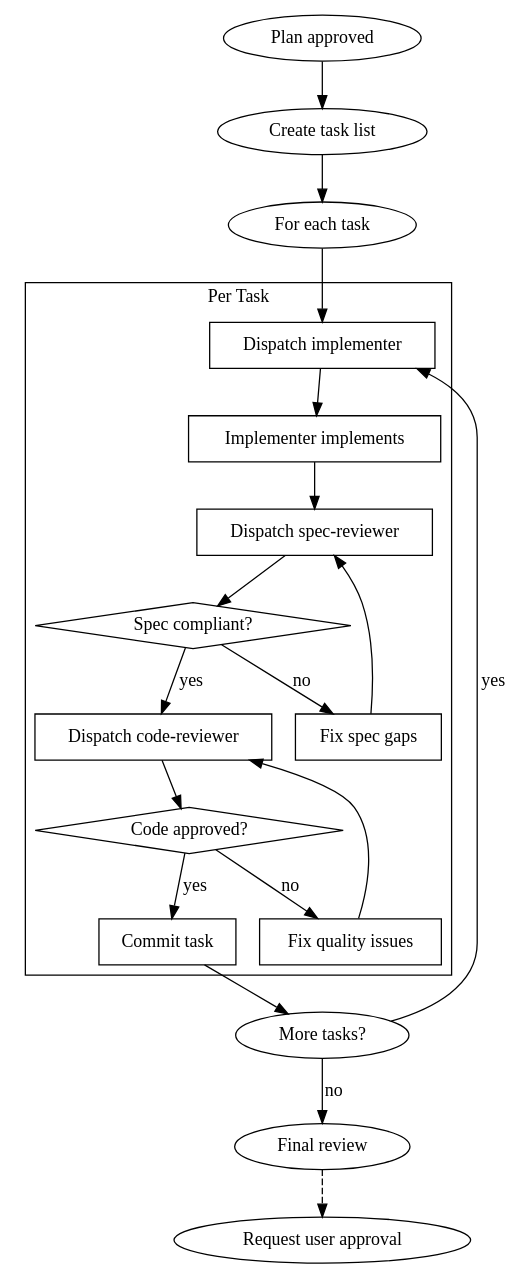
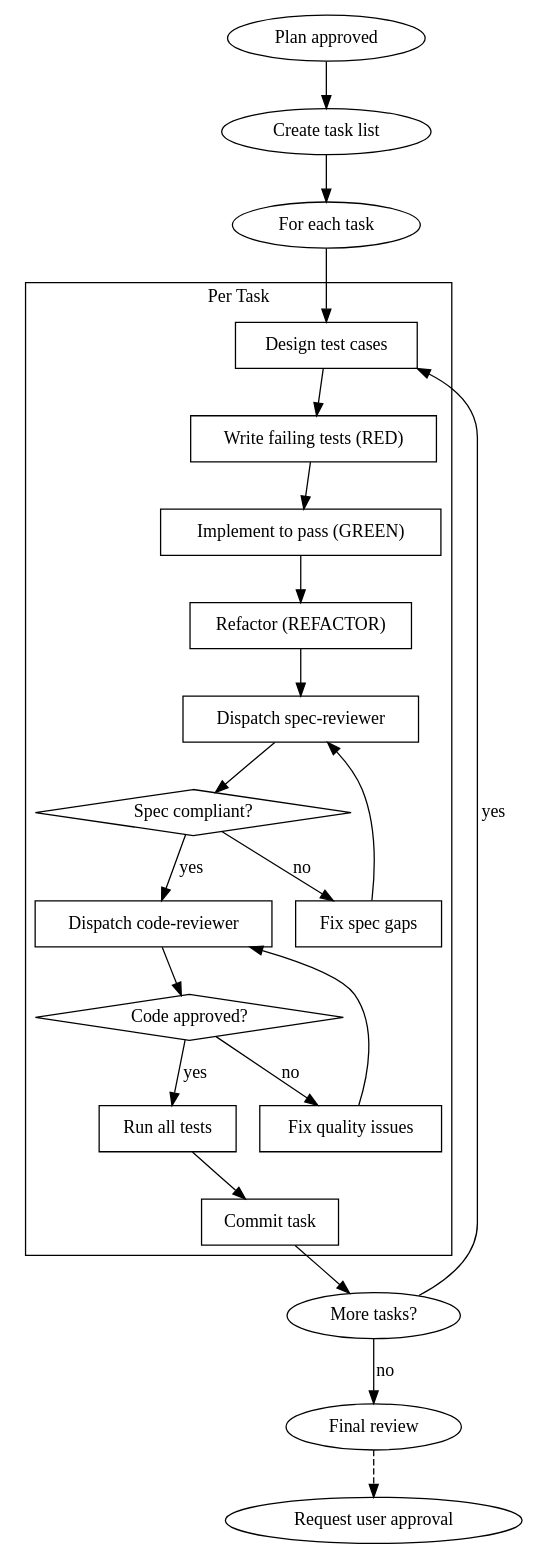
One commit to tasai-lab/fractal-dev-workflow changed the diagram in skills/implementation/SKILL.md. Above: the diagram before and after it, drawn with Graphviz. The commit also changed other lines of this file and 2 other files, not shown here.

````diff
--- a/skills/implementation/SKILL.md
+++ b/skills/implementation/SKILL.md
@@ -22,35 +23,41 @@
 ```dot
 digraph implementation {
     "Plan approved" -> "Create task list";
     "Create task list" -> "For each task";
 
     subgraph cluster_per_task {
         label="Per Task";
-        "Dispatch implementer" [shape=box];
-        "Implementer implements" [shape=box];
+        "Design test cases" [shape=box];
+        "Write failing tests (RED)" [shape=box];
+        "Implement to pass (GREEN)" [shape=box];
+        "Refactor (REFACTOR)" [shape=box];
         "Dispatch spec-reviewer" [shape=box];
         "Spec compliant?" [shape=diamond];
         "Fix spec gaps" [shape=box];
         "Dispatch code-reviewer" [shape=box];
         "Code approved?" [shape=diamond];
         "Fix quality issues" [shape=box];
+        "Run all tests" [shape=box];
         "Commit task" [shape=box];
     }
 
-    "For each task" -> "Dispatch implementer";
-    "Dispatch implementer" -> "Implementer implements";
-    "Implementer implements" -> "Dispatch spec-reviewer";
+    "For each task" -> "Design test cases";
+    "Design test cases" -> "Write failing tests (RED)";
+    "Write failing tests (RED)" -> "Implement to pass (GREEN)";
+    "Implement to pass (GREEN)" -> "Refactor (REFACTOR)";
+    "Refactor (REFACTOR)" -> "Dispatch spec-reviewer";
     "Dispatch spec-reviewer" -> "Spec compliant?";
     "Spec compliant?" -> "Fix spec gaps" [label="no"];
     "Fix spec gaps" -> "Dispatch spec-reviewer";
     "Spec compliant?" -> "Dispatch code-reviewer" [label="yes"];
     "Dispatch code-reviewer" -> "Code approved?";
     "Code approved?" -> "Fix quality issues" [label="no"];
     "Fix quality issues" -> "Dispatch code-reviewer";
-    "Code approved?" -> "Commit task" [label="yes"];
+    "Code approved?" -> "Run all tests" [label="yes"];
+    "Run all tests" -> "Commit task";
     "Commit task" -> "More tasks?" [shape=diamond];
-    "More tasks?" -> "Dispatch implementer" [label="yes"];
+    "More tasks?" -> "Design test cases" [label="yes"];
     "More tasks?" -> "Final review" [label="no"];
     "Final review" -> "Request user approval" [style=dashed];
 }
 ```
````
